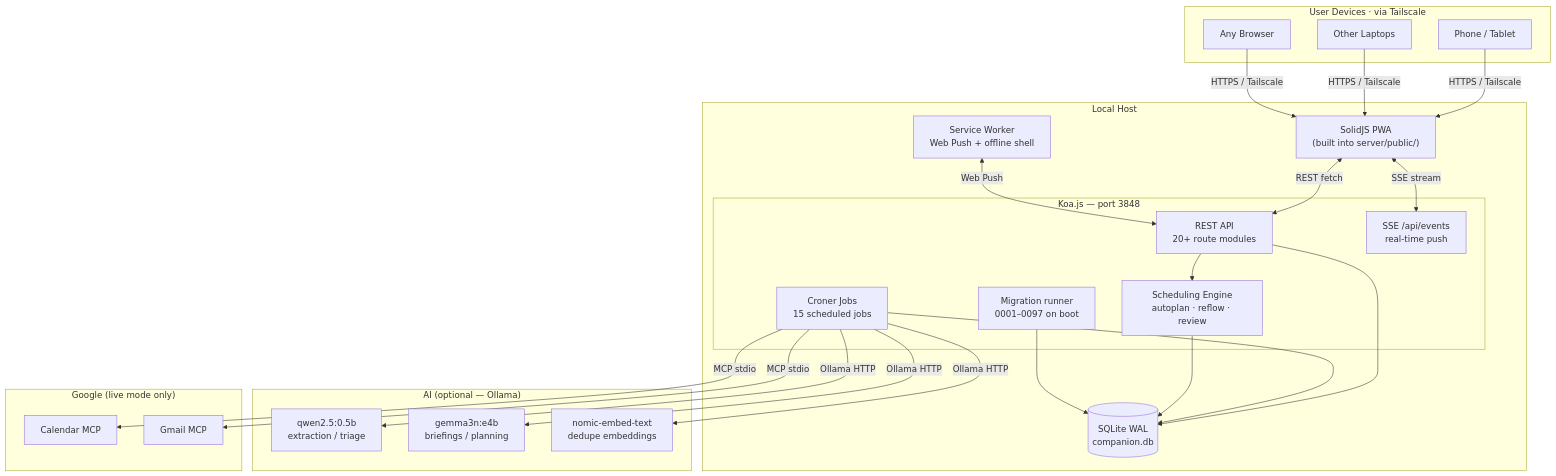
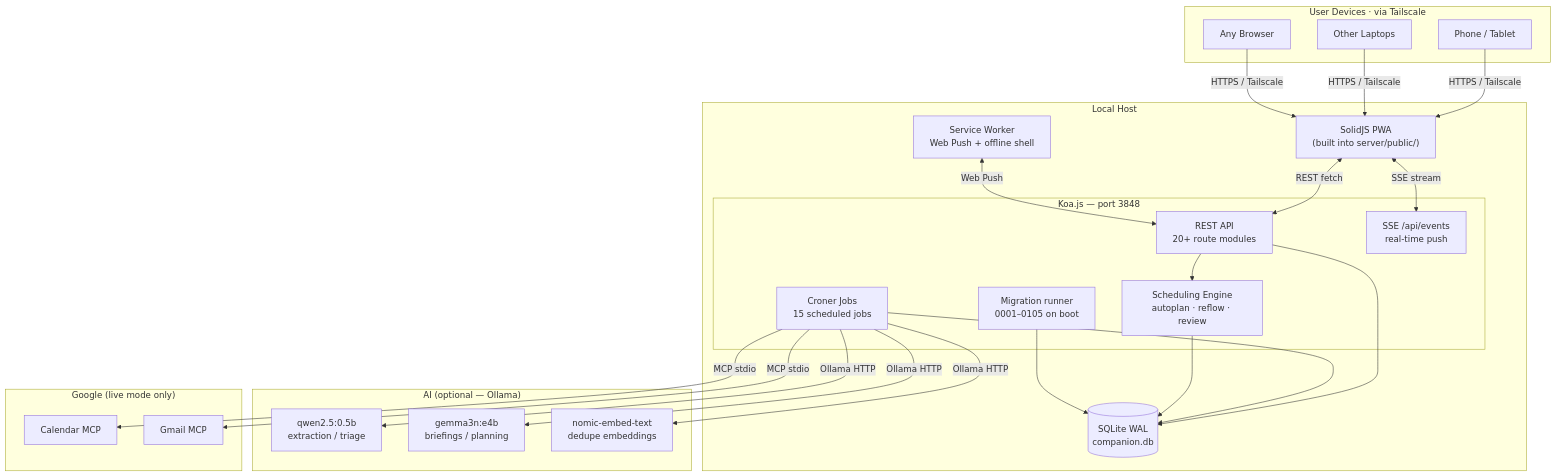
The first of 6 diagrams in ARCHITECTURE.md (companionintelligence/CI-Planning), drawn with Mermaid before and after one commit. The commit also changed other lines of this file and 1 other file, not shown here.

First line of the commit message:
docs: correct stale migration-head references 0097 -> 0105

````diff
--- a/ARCHITECTURE.md
+++ b/ARCHITECTURE.md
@@ -38,49 +38,49 @@
 ```mermaid
 graph TB
     subgraph Devices["User Devices · via Tailscale"]
         Phone["Phone / Tablet"]
         Laptop["Other Laptops"]
         Browser["Any Browser"]
     end
 
     subgraph Host["Local Host"]
         subgraph Koa["Koa.js — port 3848"]
             API["REST API<br/>20+ route modules"]
             SSE["SSE /api/events<br/>real-time push"]
             Engine["Scheduling Engine<br/>autoplan · reflow · review"]
             Cron["Croner Jobs<br/>15 scheduled jobs"]
-            Migrate["Migration runner<br/>0001–0097 on boot"]
+            Migrate["Migration runner<br/>0001–0105 on boot"]
         end
         FE["SolidJS PWA<br/>(built into server/public/)"]
         SW["Service Worker<br/>Web Push + offline shell"]
         DB[("SQLite WAL<br/>companion.db")]
     end
 
     subgraph AI["AI (optional — Ollama)"]
         Small["qwen2.5:0.5b<br/>extraction / triage"]
         Medium["gemma3n:e4b<br/>briefings / planning"]
         Embed["nomic-embed-text<br/>dedupe embeddings"]
     end
 
     subgraph Google["Google (live mode only)"]
         GCal["Calendar MCP"]
         Gmail["Gmail MCP"]
     end
 
     Phone -->|HTTPS / Tailscale| FE
     Laptop -->|HTTPS / Tailscale| FE
     Browser -->|HTTPS / Tailscale| FE
     FE <-->|REST fetch| API
     FE <-->|SSE stream| SSE
     SW <-->|Web Push| API
     API --> Engine
     API --> DB
     Cron --> DB
     Cron -->|Ollama HTTP| Small
     Cron -->|Ollama HTTP| Medium
     Cron -->|Ollama HTTP| Embed
     Cron -->|MCP stdio| GCal
     Cron -->|MCP stdio| Gmail
     Engine --> DB
     Migrate --> DB
 ```
````
